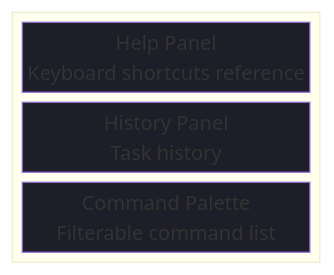
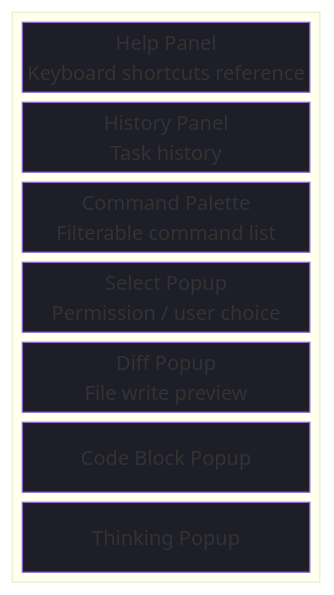
The seventh of 10 diagrams in ARCHITECTURE.md (rust-infra/tact), drawn with Mermaid before and after one commit. The commit also changed other lines of this file and 3 other files, not shown here.

````diff
--- a/ARCHITECTURE.md
+++ b/ARCHITECTURE.md
@@ -155,16 +379,24 @@
 ```mermaid
 block-beta
     columns 1
     space
     block:overlay
         columns 1
         help["Help Panel<br/>Keyboard shortcuts reference"]
         history["History Panel<br/>Task history"]
         palette["Command Palette<br/>Filterable command list"]
+        select["Select Popup<br/>Permission / user choice"]
+        diff["Diff Popup<br/>File write preview"]
+        code["Code Block Popup"]
+        thinking["Thinking Popup"]
     end
     space
 
     style help fill:#1e1e28,color:#eceff4
     style history fill:#1e1e28,color:#eceff4
     style palette fill:#1e1e28,color:#eceff4
+    style select fill:#1e1e28,color:#eceff4
+    style diff fill:#1e1e28,color:#eceff4
+    style code fill:#1e1e28,color:#eceff4
+    style thinking fill:#1e1e28,color:#eceff4
 ```
````
